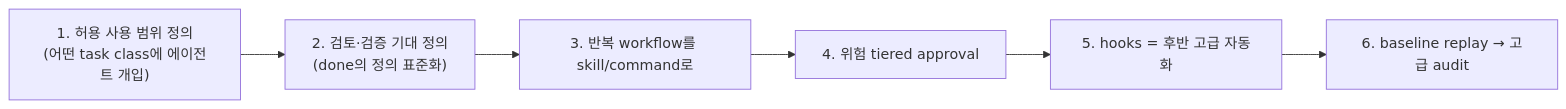
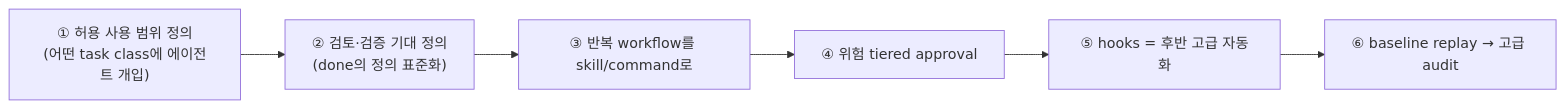
One commit to DBhyeong/DBhyeong.github.io changed diagram 11 of 12 in content/reading/harness-engineering-claude-code-design-guide.md. Above: the diagram before and after it, drawn with Mermaid. The commit also changed other lines of this file and 9 other files, not shown here.

First line of the commit message:
blog: 어제자 3편 발행 + 옛글 mermaid 렌더깨짐 34건 일괄 수정

````diff
--- a/content/reading/harness-engineering-claude-code-design-guide.md
+++ b/content/reading/harness-engineering-claude-code-design-guide.md
@@ -391,8 +391,8 @@
 ```mermaid
 flowchart LR
-    S1["1. 허용 사용 범위 정의<br/>(어떤 task class에 에이전트 개입)"] --> S2["2. 검토·검증 기대 정의<br/>(done의 정의 표준화)"]
-    S2 --> S3["3. 반복 workflow를 skill/command로"]
-    S3 --> S4["4. 위험 tiered approval"]
-    S4 --> S5["5. hooks = 후반 고급 자동화"]
-    S5 --> S6["6. baseline replay → 고급 audit"]
+    S1["① 허용 사용 범위 정의<br/>(어떤 task class에 에이전트 개입)"] --> S2["② 검토·검증 기대 정의<br/>(done의 정의 표준화)"]
+    S2 --> S3["③ 반복 workflow를 skill/command로"]
+    S3 --> S4["④ 위험 tiered approval"]
+    S4 --> S5["⑤ hooks = 후반 고급 자동화"]
+    S5 --> S6["⑥ baseline replay → 고급 audit"]
 ```
````
